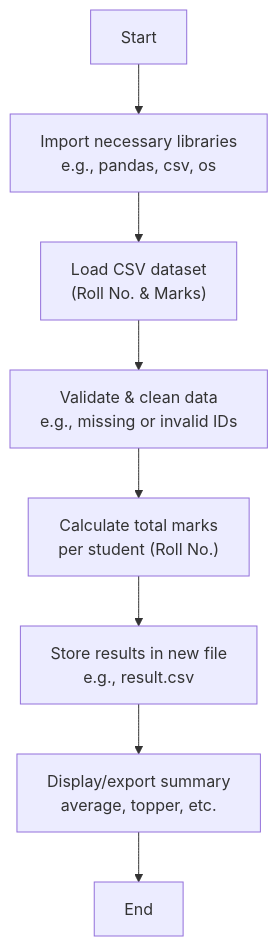
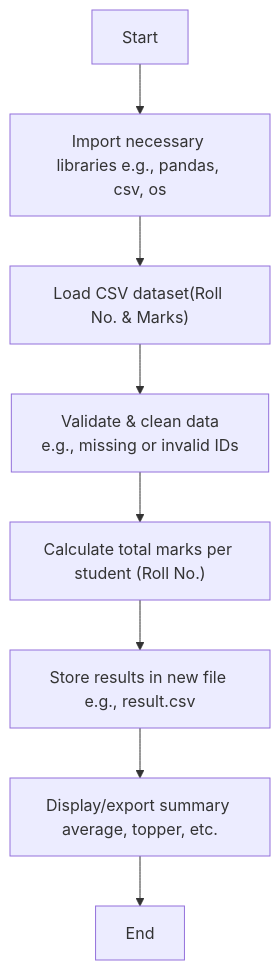
Before and after one commit to HarshitaShibe/Mini-Project-Marks-Adding: the diagram in README.md, drawn with Mermaid.

````diff
--- a/README.md
+++ b/README.md
@@ -5,10 +5,10 @@
 ```mermaid
 flowchart TB
-    A["Start"] --> B["Import necessary libraries\ne.g., pandas, csv, os"]
-    B --> C["Load CSV dataset\n(Roll No. & Marks)"]
+    A["Start"] --> B["Import necessary libraries e.g., pandas, csv, os"]
+    B --> C["Load CSV dataset(Roll No. & Marks)"]
     C --> D["Validate & clean data\ne.g., missing or invalid IDs"]
-    D --> E["Calculate total marks\nper student (Roll No.)"]
-    E --> F["Store results in new file\ne.g., result.csv"]
-    F --> G["Display/export summary\naverage, topper, etc."]
+    D --> E["Calculate total marks per student (Roll No.)"]
+    E --> F["Store results in new file e.g., result.csv"]
+    F --> G["Display/export summary average, topper, etc."]
     G --> H["End"]
 ```
````
